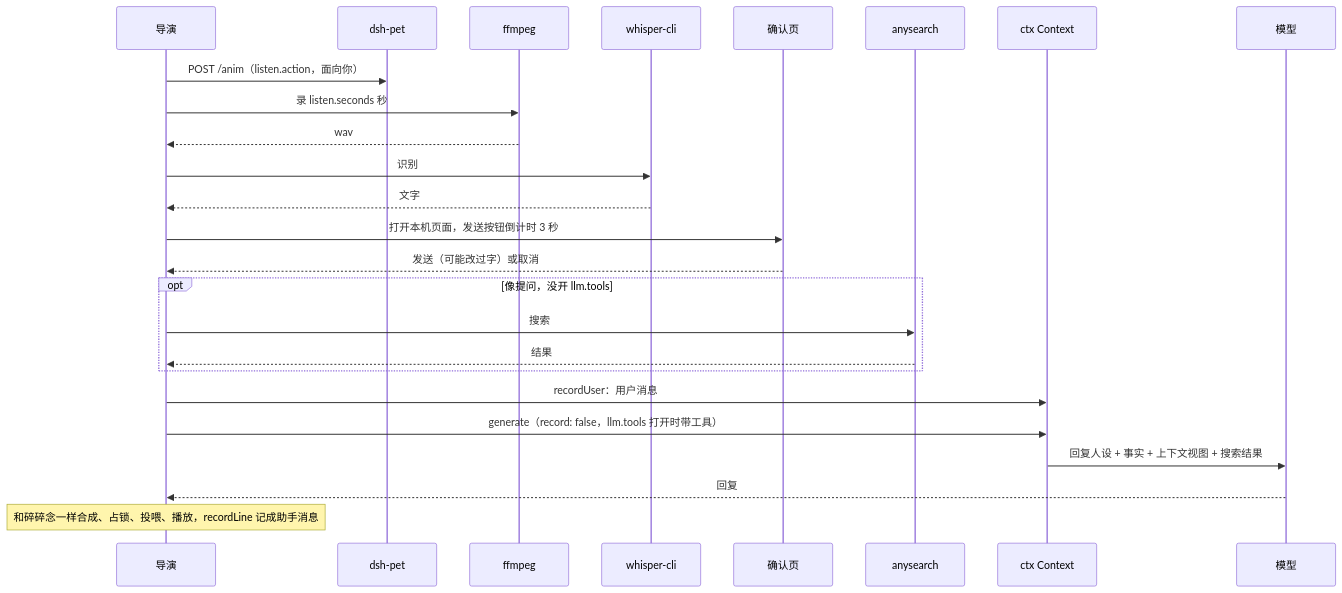
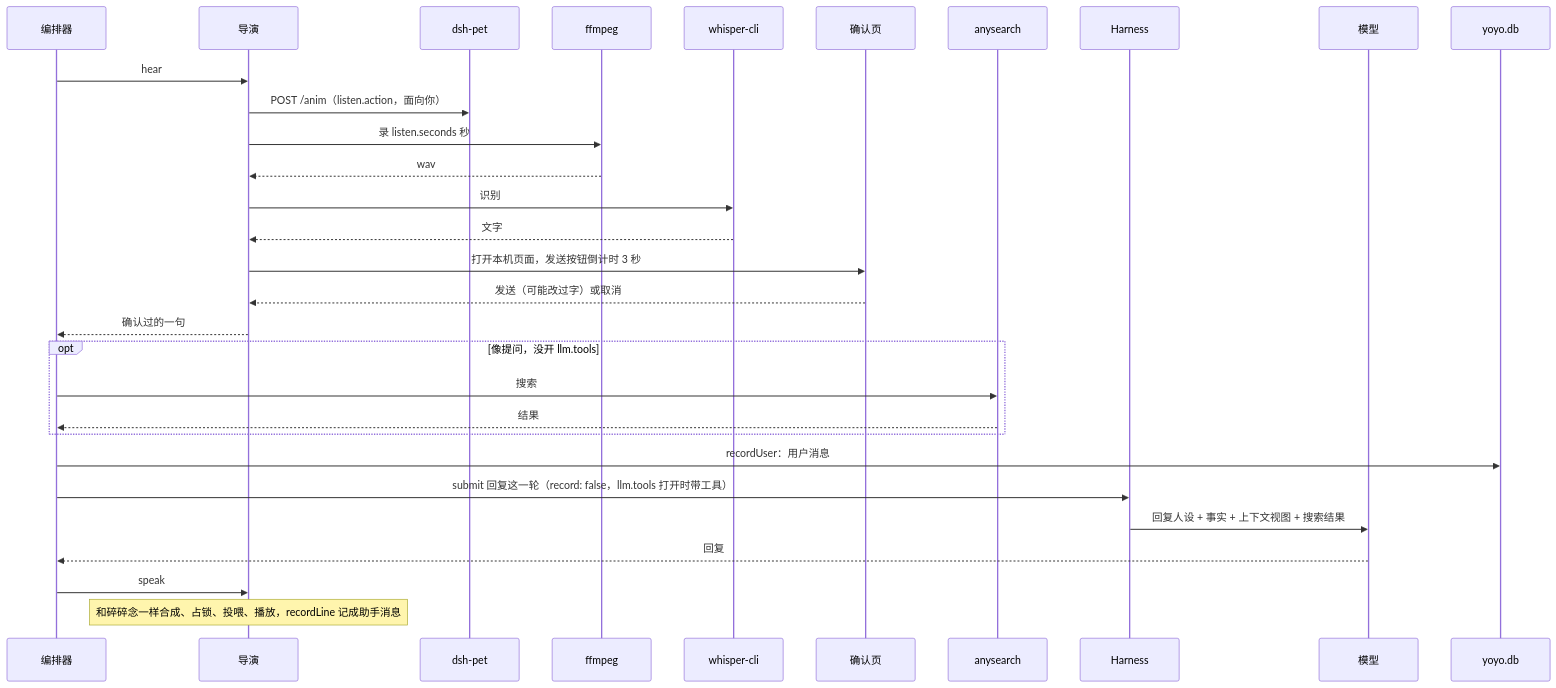
One commit to modelctx-ai/yoyo changed the fourth of 5 diagrams in docs/tech/architecture.md. Above: the diagram before and after it, drawn with Mermaid. The commit also changed other lines of this file and 20 other files, not shown here.

````diff
--- a/docs/tech/architecture.md
+++ b/docs/tech/architecture.md
@@ -181,27 +229,32 @@
 ```mermaid
 sequenceDiagram
+  participant Orch as 编排器
   participant Dir as 导演
   participant Pet as dsh-pet
   participant Mic as ffmpeg
   participant ASR as whisper-cli
   participant Page as 确认页
   participant Search as anysearch
-  participant Ctx as ctx Context
+  participant H as Harness
   participant LLM as 模型
+  participant DB as yoyo.db
+  Orch->>Dir: hear
   Dir->>Pet: POST /anim（listen.action，面向你）
   Dir->>Mic: 录 listen.seconds 秒
   Mic-->>Dir: wav
   Dir->>ASR: 识别
   ASR-->>Dir: 文字
   Dir->>Page: 打开本机页面，发送按钮倒计时 3 秒
   Page-->>Dir: 发送（可能改过字）或取消
+  Dir-->>Orch: 确认过的一句
   opt 像提问，没开 llm.tools
-    Dir->>Search: 搜索
-    Search-->>Dir: 结果
+    Orch->>Search: 搜索
+    Search-->>Orch: 结果
   end
-  Dir->>Ctx: recordUser：用户消息
-  Dir->>Ctx: generate（record: false，llm.tools 打开时带工具）
-  Ctx->>LLM: 回复人设 + 事实 + 上下文视图 + 搜索结果
-  LLM-->>Dir: 回复
+  Orch->>DB: recordUser：用户消息
+  Orch->>H: submit 回复这一轮（record: false，llm.tools 打开时带工具）
+  H->>LLM: 回复人设 + 事实 + 上下文视图 + 搜索结果
+  LLM-->>Orch: 回复
+  Orch->>Dir: speak
   Note over Dir: 和碎碎念一样合成、占锁、投喂、播放，recordLine 记成助手消息
 ```
````
